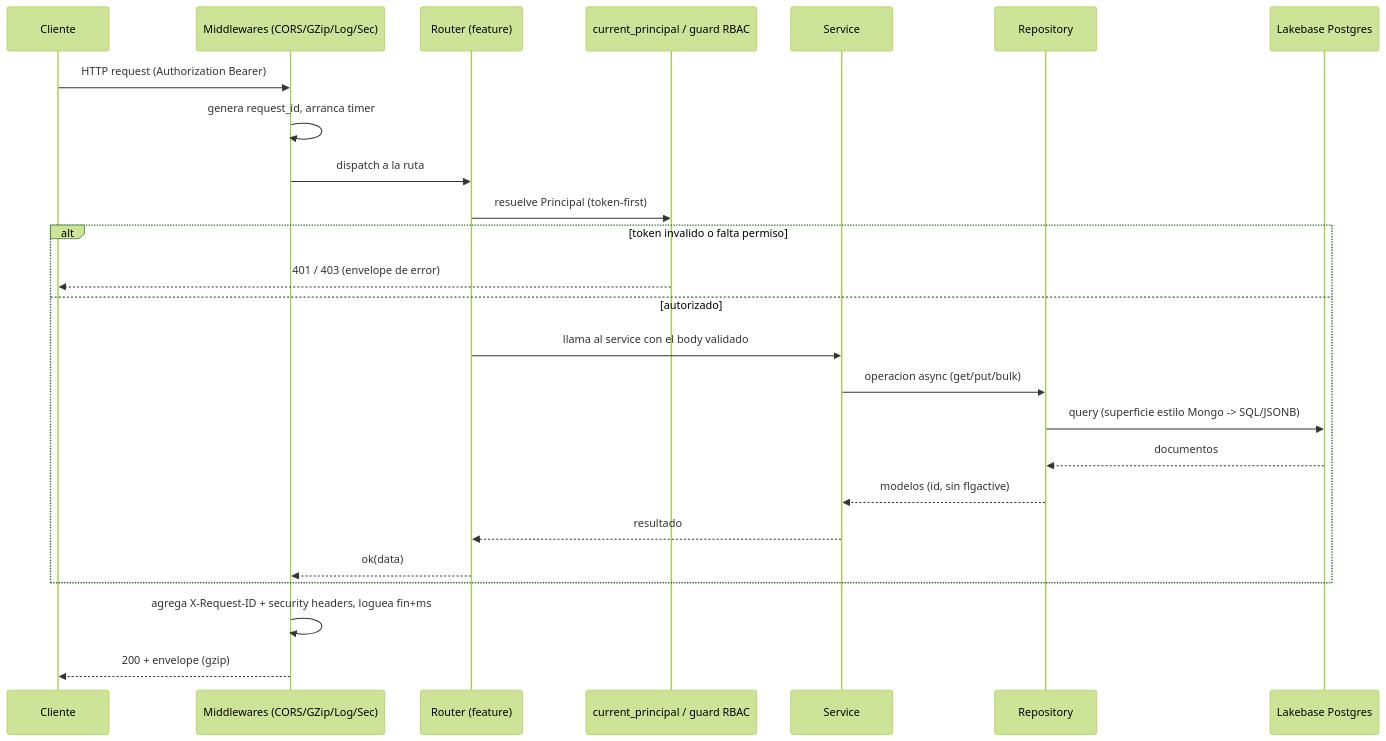
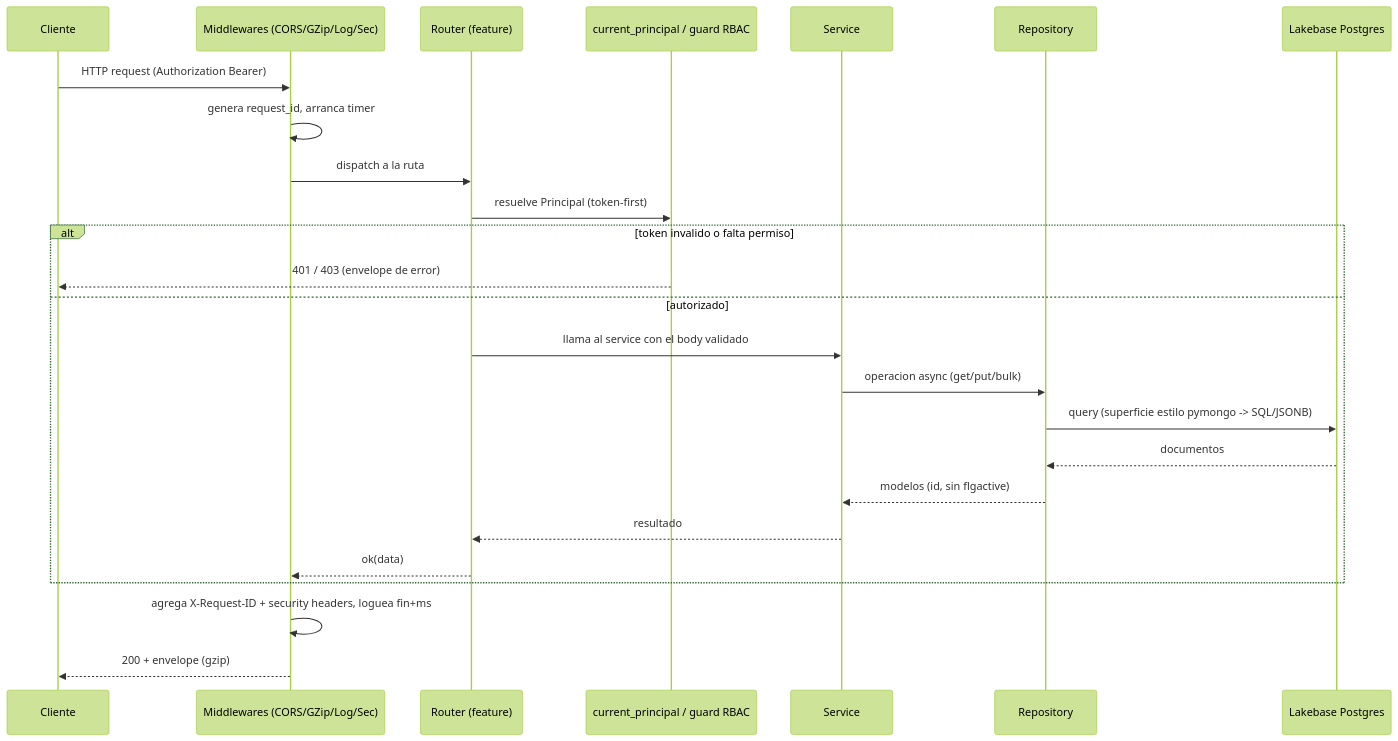
Before and after one commit to Carlosmps97/backend-data-model-hub: the second of 7 diagrams in doc/arquitectura.md, drawn with Mermaid (forest theme). The commit also changed other lines of this file and 48 other files, not shown here.

````diff
--- a/doc/arquitectura.md
+++ b/doc/arquitectura.md
@@ -250,28 +249,28 @@
 ```mermaid
 sequenceDiagram
     participant C as Cliente
     participant MW as Middlewares (CORS/GZip/Log/Sec)
     participant RT as Router (feature)
     participant AUTH as current_principal / guard RBAC
     participant SV as Service
     participant RP as Repository
     participant DB as Lakebase Postgres
 
     C->>MW: HTTP request (Authorization Bearer)
     MW->>MW: genera request_id, arranca timer
     MW->>RT: dispatch a la ruta
     RT->>AUTH: resuelve Principal (token-first)
     alt token invalido o falta permiso
         AUTH-->>C: 401 / 403 (envelope de error)
     else autorizado
         RT->>SV: llama al service con el body validado
         SV->>RP: operacion async (get/put/bulk)
-        RP->>DB: query (superficie estilo Mongo -> SQL/JSONB)
+        RP->>DB: query (superficie estilo pymongo -> SQL/JSONB)
         DB-->>RP: documentos
         RP-->>SV: modelos (id, sin flgactive)
         SV-->>RT: resultado
         RT-->>MW: ok(data)
     end
     MW->>MW: agrega X-Request-ID + security headers, loguea fin+ms
     MW-->>C: 200 + envelope (gzip)
 ```
````
